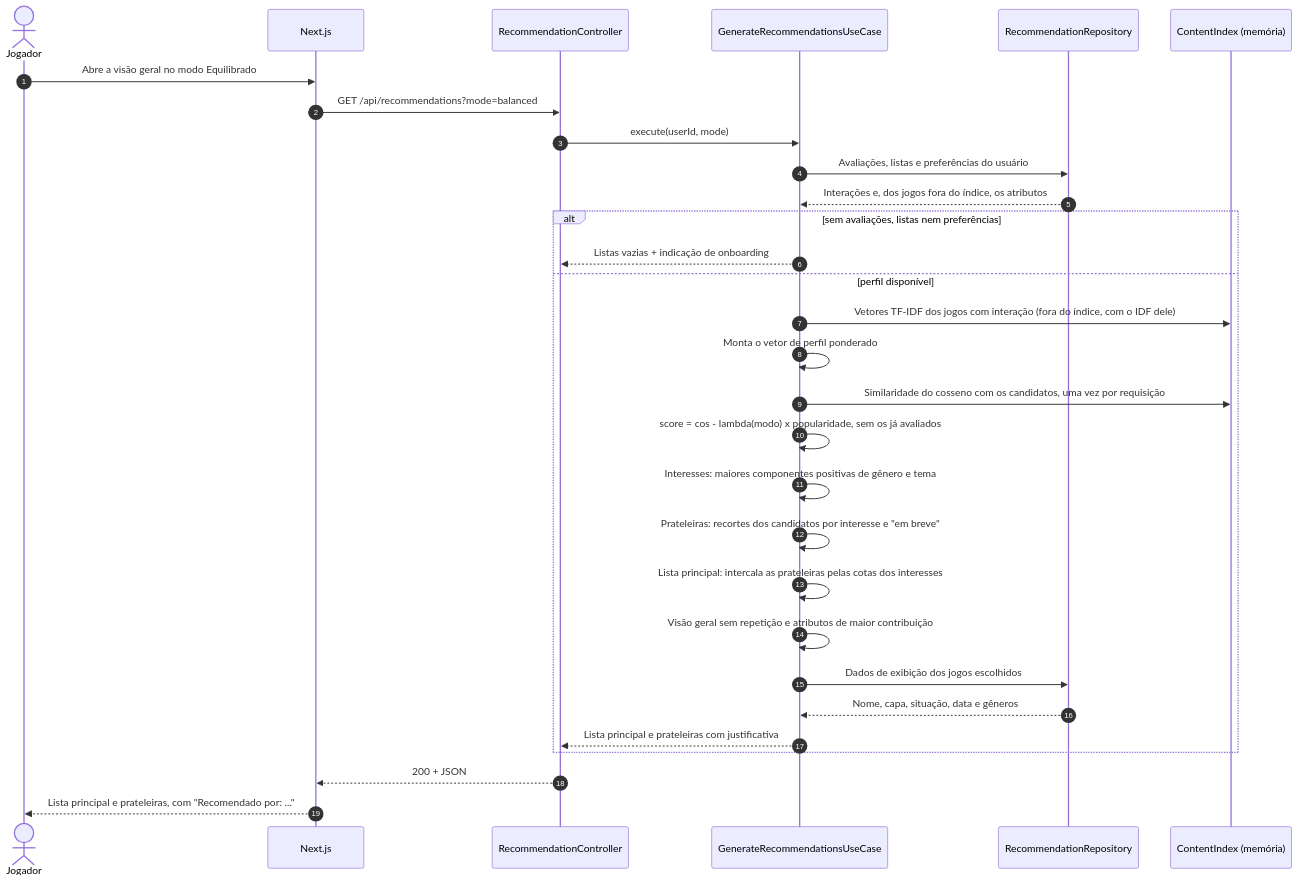
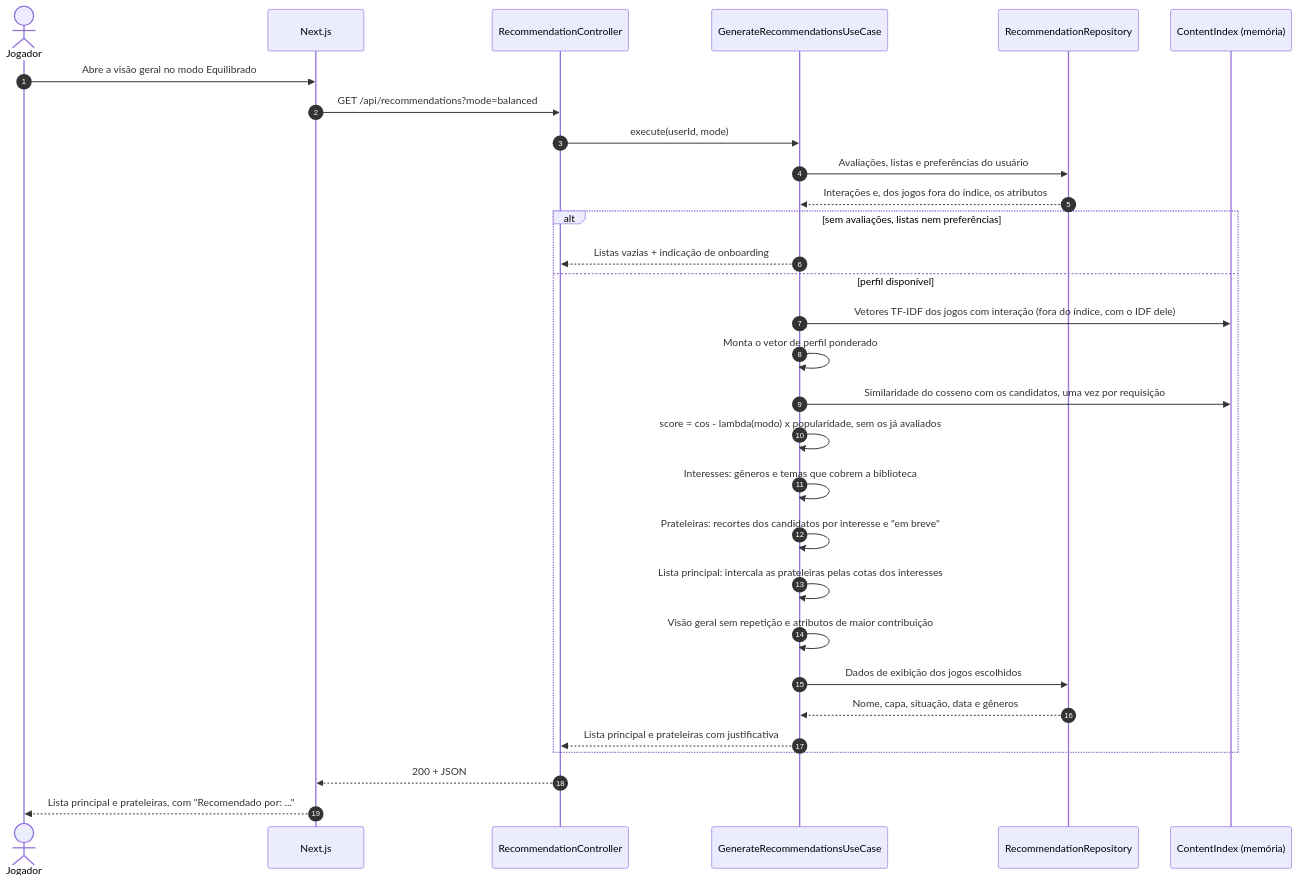
The fifth of 6 diagrams in docs/proposta-tecnica.md (vicgopfert/indie-discovery), drawn with Mermaid before and after one commit. The commit also changed other lines of this file and 2 other files, not shown here.

````diff
--- a/docs/proposta-tecnica.md
+++ b/docs/proposta-tecnica.md
@@ -810,32 +810,32 @@
 ```mermaid
 sequenceDiagram
     autonumber
     actor J as Jogador
     participant W as Next.js
     participant C as RecommendationController
     participant U as GenerateRecommendationsUseCase
     participant L as RecommendationRepository
     participant I as ContentIndex (memória)
     J->>W: Abre a visão geral no modo Equilibrado
     W->>C: GET /api/recommendations?mode=balanced
     C->>U: execute(userId, mode)
     U->>L: Avaliações, listas e preferências do usuário
     L-->>U: Interações e, dos jogos fora do índice, os atributos
     alt sem avaliações, listas nem preferências
         U-->>C: Listas vazias + indicação de onboarding
     else perfil disponível
         U->>I: Vetores TF-IDF dos jogos com interação (fora do índice, com o IDF dele)
         U->>U: Monta o vetor de perfil ponderado
         U->>I: Similaridade do cosseno com os candidatos, uma vez por requisição
         U->>U: score = cos - lambda(modo) x popularidade, sem os já avaliados
-        U->>U: Interesses: maiores componentes positivas de gênero e tema
+        U->>U: Interesses: gêneros e temas que cobrem a biblioteca
         U->>U: Prateleiras: recortes dos candidatos por interesse e "em breve"
         U->>U: Lista principal: intercala as prateleiras pelas cotas dos interesses
         U->>U: Visão geral sem repetição e atributos de maior contribuição
         U->>L: Dados de exibição dos jogos escolhidos
         L-->>U: Nome, capa, situação, data e gêneros
         U-->>C: Lista principal e prateleiras com justificativa
     end
     C-->>W: 200 + JSON
     W-->>J: Lista principal e prateleiras, com "Recomendado por: ..."
 ```
````
